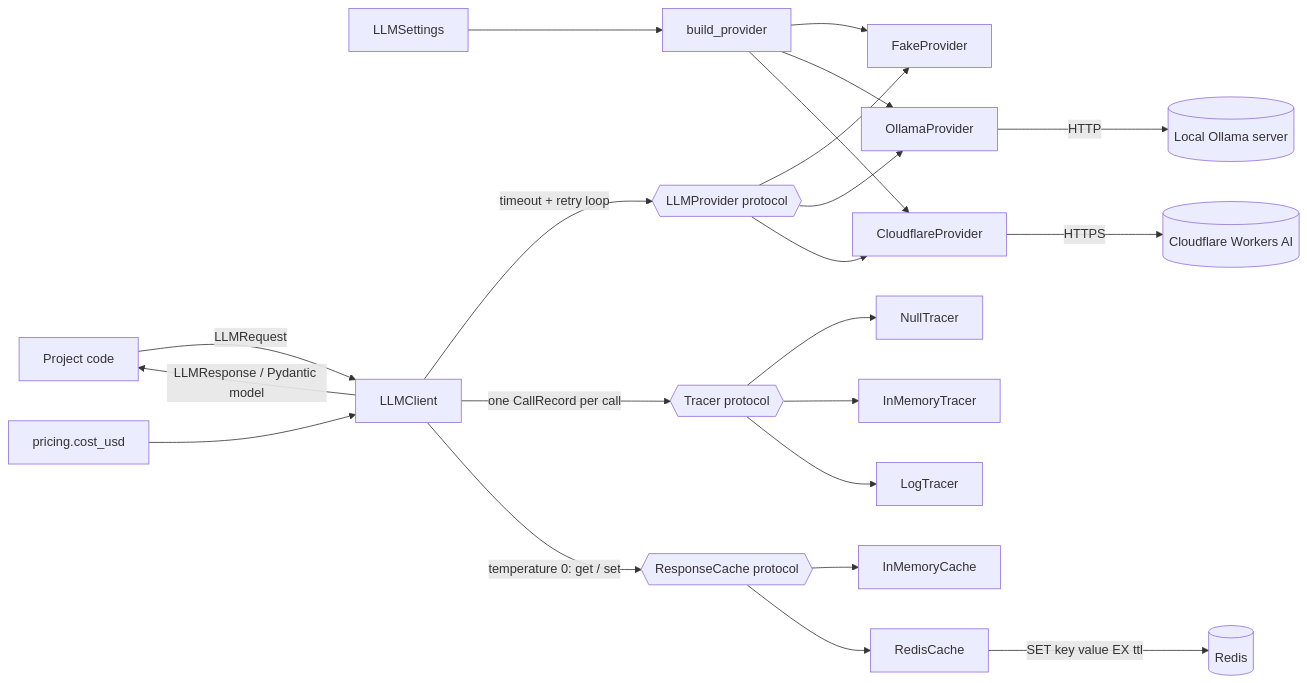
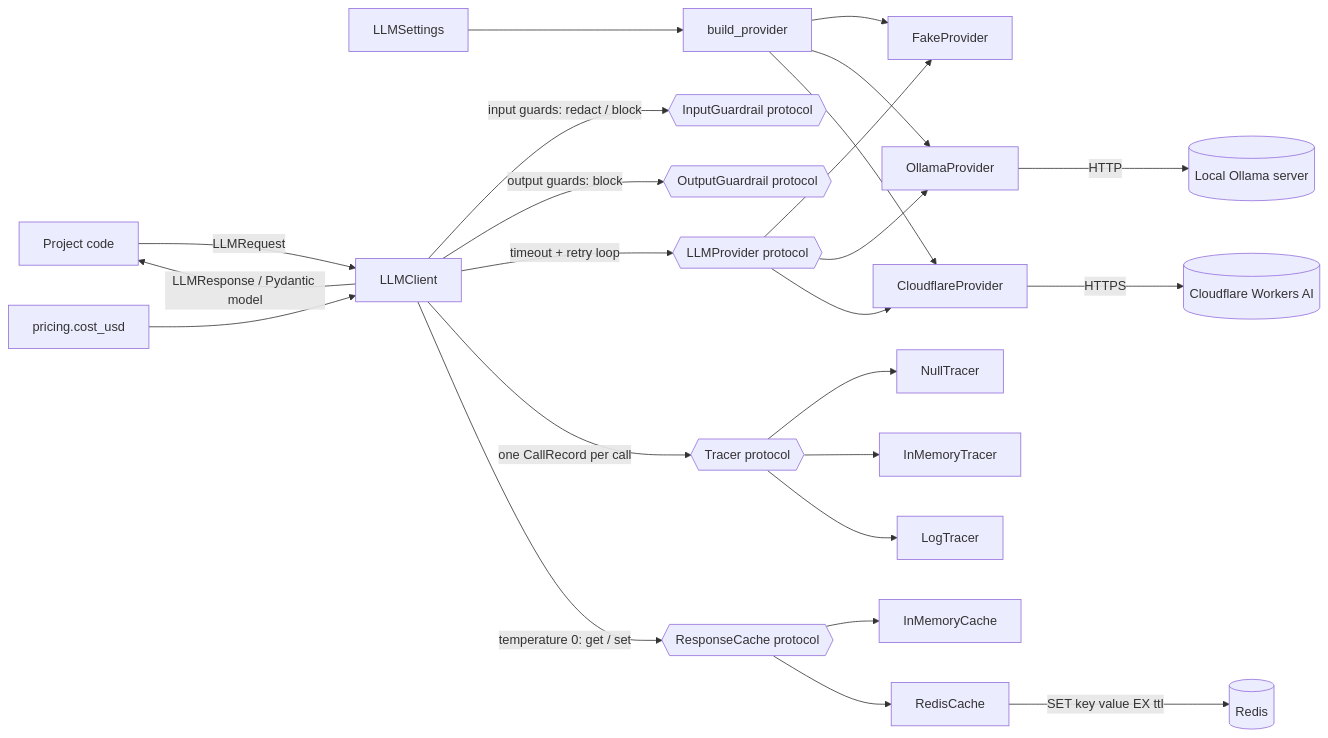
One commit to jayvyas133/genai-portfolio changed the diagram in packages/aicore/README.md. Above: the diagram before and after it, drawn with Mermaid. The commit also changed other lines of this file and 7 other files, not shown here.

Commit message:
feat(aicore): input and output guardrails

````diff
--- a/packages/aicore/README.md
+++ b/packages/aicore/README.md
@@ -33,24 +33,26 @@
 ```mermaid
 flowchart LR
     S[LLMSettings] --> B[build_provider]
     B --> F[FakeProvider]
     B --> O[OllamaProvider]
     P[Project code] -->|LLMRequest| C[LLMClient]
+    C -->|input guards: redact / block| IG{{InputGuardrail protocol}}
+    C -->|output guards: block| OG{{OutputGuardrail protocol}}
     C -->|timeout + retry loop| I{{LLMProvider protocol}}
     I --> F
     I --> O
     B --> CF[CloudflareProvider]
     I --> CF
     CF -->|HTTPS| WA[(Cloudflare Workers AI)]
     O -->|HTTP| L[(Local Ollama server)]
     C -->|LLMResponse / Pydantic model| P
     C -->|one CallRecord per call| T{{Tracer protocol}}
     PR[pricing.cost_usd] --> C
     T --> NT[NullTracer]
     T --> MT[InMemoryTracer]
     T --> LT[LogTracer]
     C -->|temperature 0: get / set| RC{{ResponseCache protocol}}
     RC --> IC[InMemoryCache]
     RC --> RD[RedisCache]
     RD -->|SET key value EX ttl| R[(Redis)]
 ```
````
